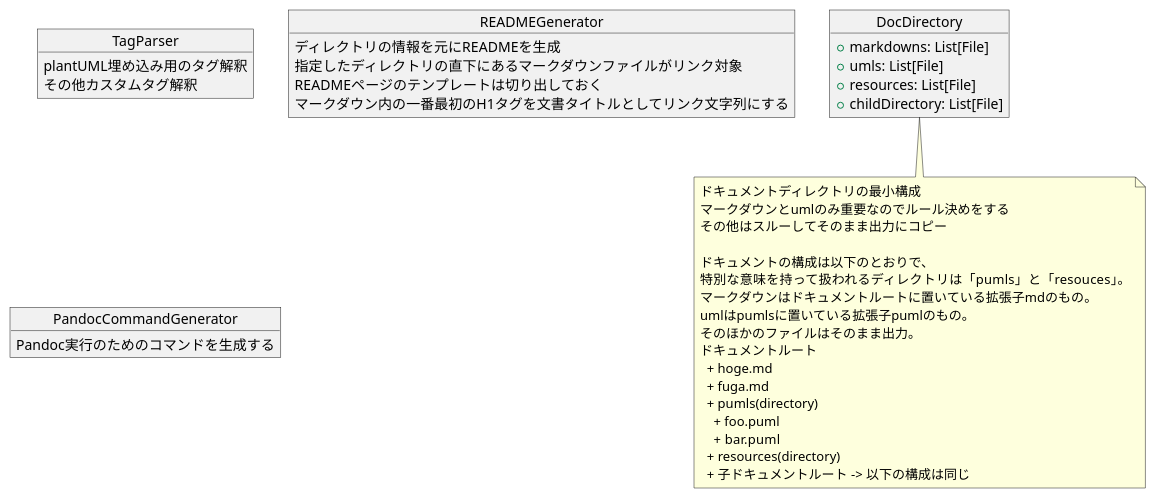
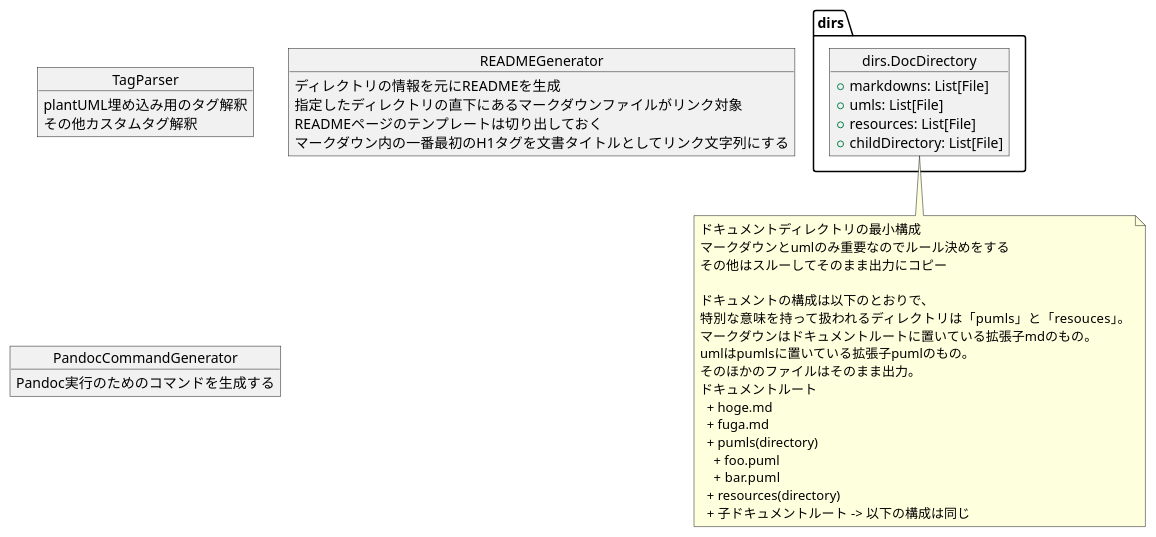
The diagram in model/domain.puml (Shinsuke-Abe/Thoth), drawn with PlantUML before and after one commit. The commit also changed 4 other files, not shown here.

```diff
--- a/model/domain.puml
+++ b/model/domain.puml
@@ -1,46 +1,46 @@
 @startuml
 
 object TagParser {
   plantUML埋め込み用のタグ解釈
   その他カスタムタグ解釈
 }
 
 object READMEGenerator {
   ディレクトリの情報を元にREADMEを生成
   指定したディレクトリの直下にあるマークダウンファイルがリンク対象
   READMEページのテンプレートは切り出しておく
   マークダウン内の一番最初のH1タグを文書タイトルとしてリンク文字列にする
 }
 
-object DocDirectory {
+object dirs.DocDirectory {
   + markdowns: List[File]
   + umls: List[File]
   + resources: List[File]
   + childDirectory: List[File]
 }
 
 note bottom
   ドキュメントディレクトリの最小構成
   マークダウンとumlのみ重要なのでルール決めをする
   その他はスルーしてそのまま出力にコピー
 
   ドキュメントの構成は以下のとおりで、
   特別な意味を持って扱われるディレクトリは「pumls」と「resouces」。
   マークダウンはドキュメントルートに置いている拡張子mdのもの。
   umlはpumlsに置いている拡張子pumlのもの。
   そのほかのファイルはそのまま出力。
   ドキュメントルート
     + hoge.md
     + fuga.md
     + pumls(directory)
       + foo.puml
       + bar.puml
     + resources(directory)
     + 子ドキュメントルート -> 以下の構成は同じ
 end note
 
 object PandocCommandGenerator {
   Pandoc実行のためのコマンドを生成する
 }
 
 @enduml
```
